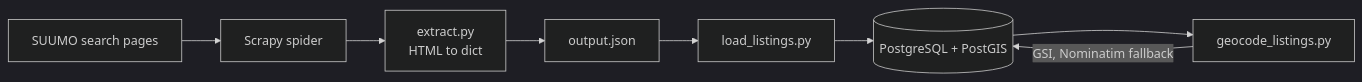
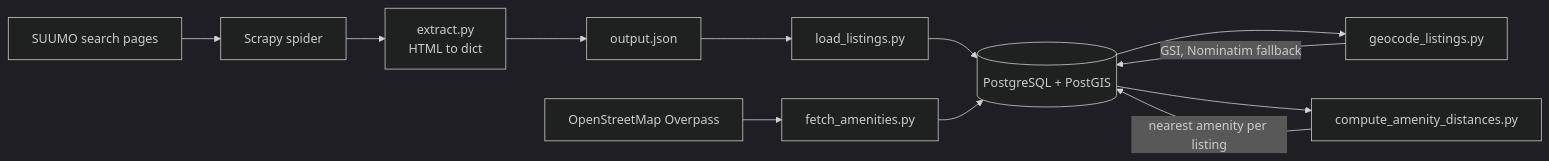
The diagram in README.md (Razila/kansai-apartment-map), drawn with Mermaid (dark theme) before and after one commit. The commit also changed other lines of this file, not shown here.

Commit message:
docs: update README for amenity distances

````diff
--- a/README.md
+++ b/README.md
@@ -22,10 +22,14 @@
 ```mermaid
 flowchart LR
     A[SUUMO search pages] --> B[Scrapy spider]
     B --> C["extract.py<br/>HTML to dict"]
     C --> D[output.json]
     D --> E[load_listings.py]
     E --> F[(PostgreSQL + PostGIS)]
     F --> G[geocode_listings.py]
     G -->|GSI, Nominatim fallback| F
+    O[OpenStreetMap Overpass] --> H[fetch_amenities.py]
+    H --> F
+    F --> I[compute_amenity_distances.py]
+    I -->|nearest amenity per listing| F
 ```
````
